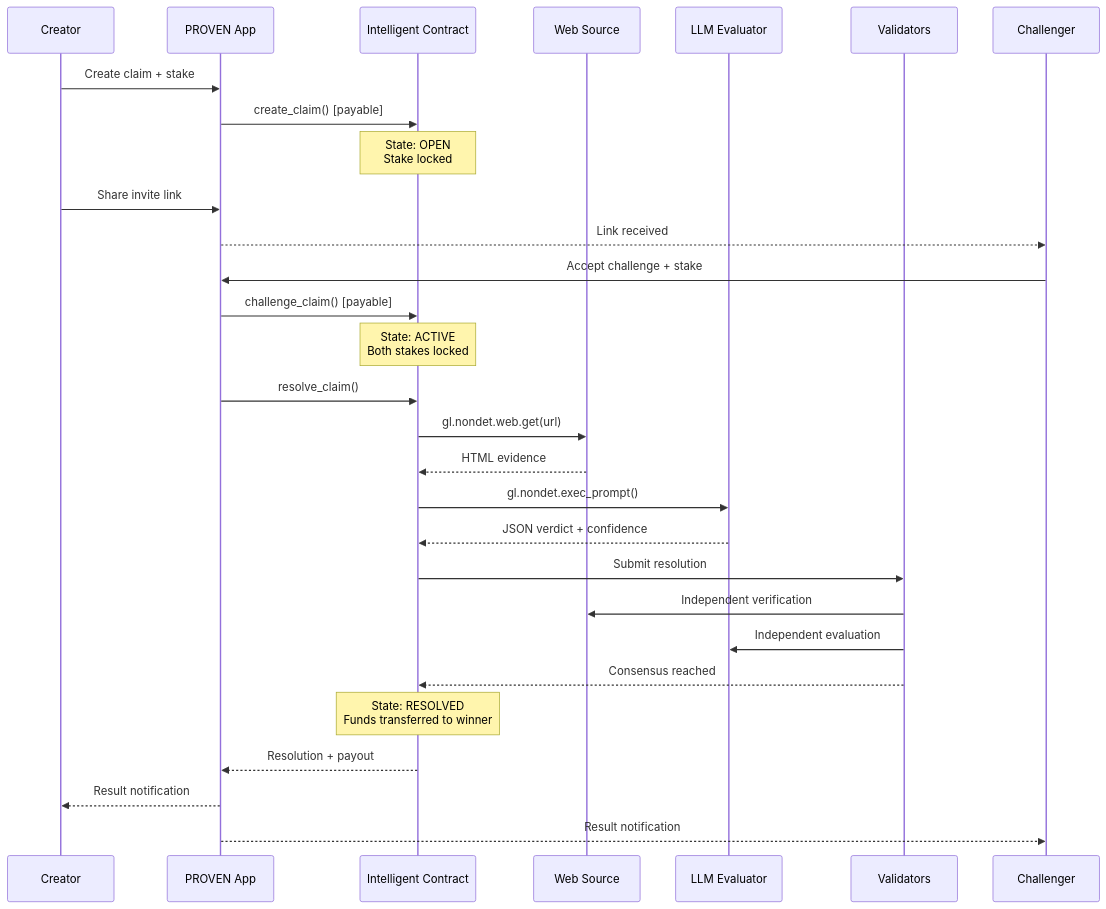
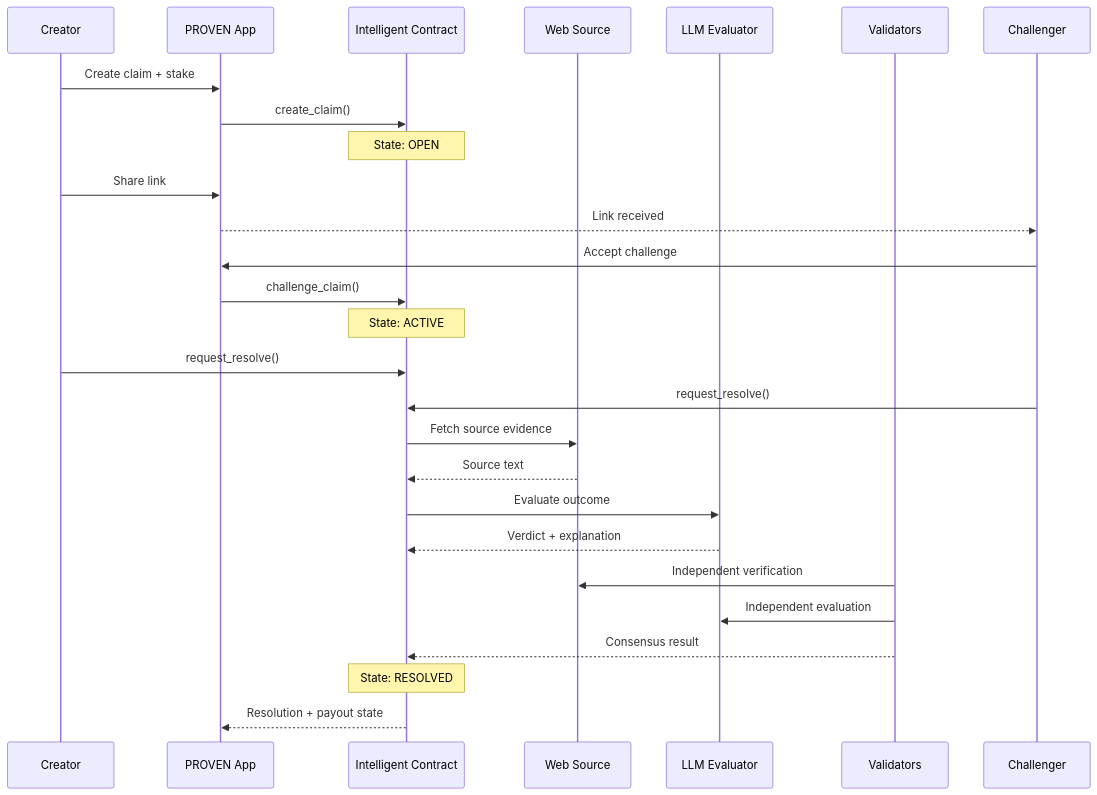
Before and after one commit to proven-xyz/proven-app: the third of 4 diagrams in README.md, drawn with Mermaid. The commit also changed other lines of this file and 1 other file, not shown here.

Commit message:
fix(contract): ensure correct API bypass for non-Bradbury networks

````diff
--- a/README.md
+++ b/README.md
@@ -199,38 +196,37 @@
 ```mermaid
 sequenceDiagram
     participant Creator
     participant App as PROVEN App
     participant Contract as Intelligent Contract
     participant Web as Web Source
     participant AI as LLM Evaluator
     participant Validators
 
     Creator->>App: Create claim + stake
-    App->>Contract: create_claim() [payable]
-    Note over Contract: State: OPEN<br/>Stake locked
+    App->>Contract: create_claim()
+    Note over Contract: State: OPEN
 
-    Creator->>App: Share invite link
+    Creator->>App: Share link
     App-->>Challenger: Link received
 
-    Challenger->>App: Accept challenge + stake
-    App->>Contract: challenge_claim() [payable]
-    Note over Contract: State: ACTIVE<br/>Both stakes locked
+    Challenger->>App: Accept challenge
+    App->>Contract: challenge_claim()
+    Note over Contract: State: ACTIVE
 
-    App->>Contract: resolve_claim()
-    Contract->>Web: gl.nondet.web.get(url)
-    Web-->>Contract: HTML evidence
+    Creator->>Contract: request_resolve()
+    Challenger->>Contract: request_resolve()
 
-    Contract->>AI: gl.nondet.exec_prompt()
-    AI-->>Contract: JSON verdict + confidence
+    Contract->>Web: Fetch source evidence
+    Web-->>Contract: Source text
 
-    Contract->>Validators: Submit resolution
+    Contract->>AI: Evaluate outcome
+    AI-->>Contract: Verdict + explanation
+
     Validators->>Web: Independent verification
     Validators->>AI: Independent evaluation
-    Validators-->>Contract: Consensus reached
+    Validators-->>Contract: Consensus result
 
-    Note over Contract: State: RESOLVED<br/>Funds transferred to winner
+    Note over Contract: State: RESOLVED
 
-    Contract-->>App: Resolution + payout
-    App-->>Creator: Result notification
-    App-->>Challenger: Result notification
+    Contract-->>App: Resolution + payout state
 ```
````
